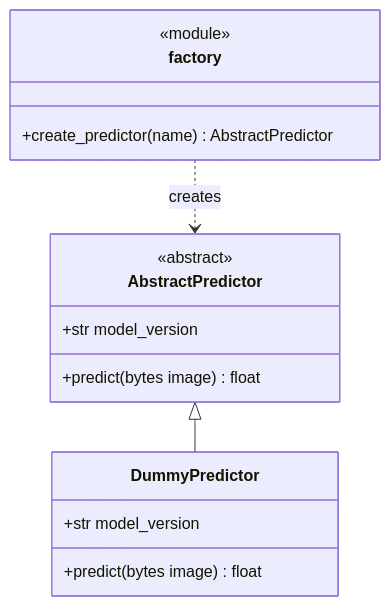
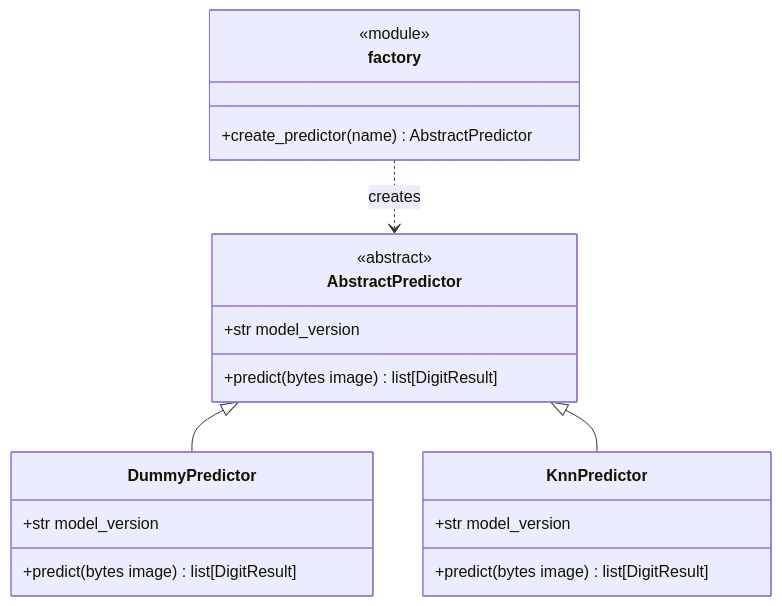
Before and after one commit to muhammadov-q/team4: the diagram in docs/architecture/design-patterns.md, drawn with Mermaid. The commit also changed other lines of this file and 3 other files, not shown here.

````diff
--- a/docs/architecture/design-patterns.md
+++ b/docs/architecture/design-patterns.md
@@ -14,18 +14,23 @@
 ```mermaid
 classDiagram
     class AbstractPredictor {
         <<abstract>>
         +str model_version
-        +predict(bytes image) float
+        +predict(bytes image) list[DigitResult]
     }
     class DummyPredictor {
         +str model_version
-        +predict(bytes image) float
+        +predict(bytes image) list[DigitResult]
+    }
+    class KnnPredictor {
+	    +str model_version
+	    +predict(bytes image) list[DigitResult]
     }
     class factory {
         <<module>>
         +create_predictor(name) AbstractPredictor
     }
     AbstractPredictor <|-- DummyPredictor
+    AbstractPredictor <|-- KnnPredictor
     factory ..> AbstractPredictor : creates
 ```
````
